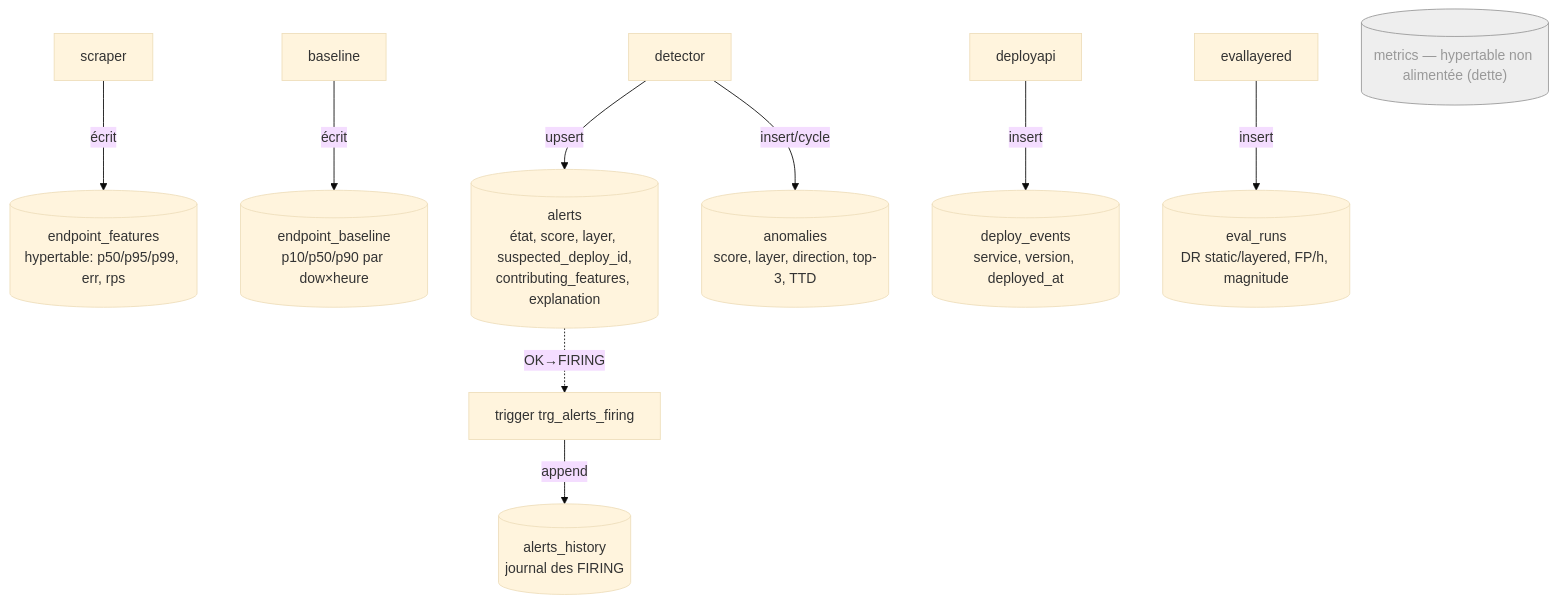
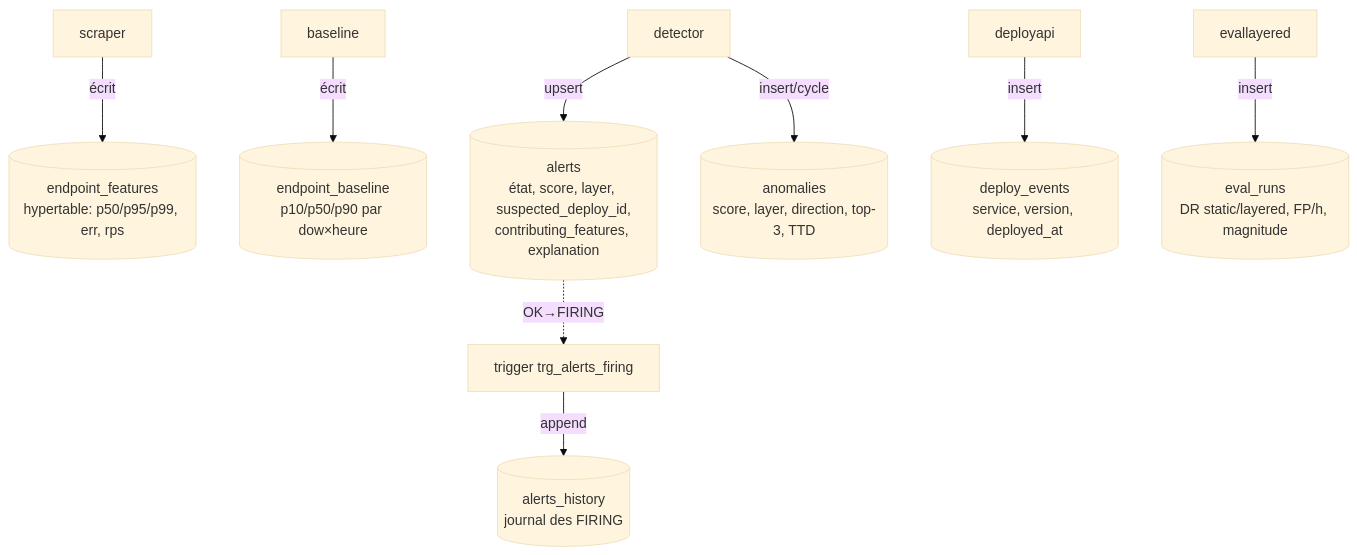
Before and after one commit to ChanazJammoussi/api-performance-platform-Cassandra-: the sixth of 6 diagrams in docs/architecture.md, drawn with Mermaid (base theme). The commit also changed other lines of this file and 2 other files, not shown here.

Commit message:
Nettoyage : suppression table metrics + doc a jour

````diff
--- a/docs/architecture.md
+++ b/docs/architecture.md
@@ -213,14 +213,11 @@
 ```mermaid
 flowchart TD
     scraper -->|écrit| ef[("endpoint_features<br/>hypertable: p50/p95/p99, err, rps")]
     baseline -->|écrit| eb[("endpoint_baseline<br/>p10/p50/p90 par dow×heure")]
     detector -->|upsert| al[("alerts<br/>état, score, layer, suspected_deploy_id,<br/>contributing_features, explanation")]
     trg["trigger trg_alerts_firing"] -->|append| ah[("alerts_history<br/>journal des FIRING")]
     al -.OK→FIRING.-> trg
     detector -->|insert/cycle| an[("anomalies<br/>score, layer, direction, top-3, TTD")]
     deployapi -->|insert| de[("deploy_events<br/>service, version, deployed_at")]
     evallayered -->|insert| er[("eval_runs<br/>DR static/layered, FP/h, magnitude")]
-
-    classDef unused fill:#eee,stroke:#999,color:#999;
-    metrics[("metrics — hypertable non alimentée (dette)")]:::unused
 ```
````
